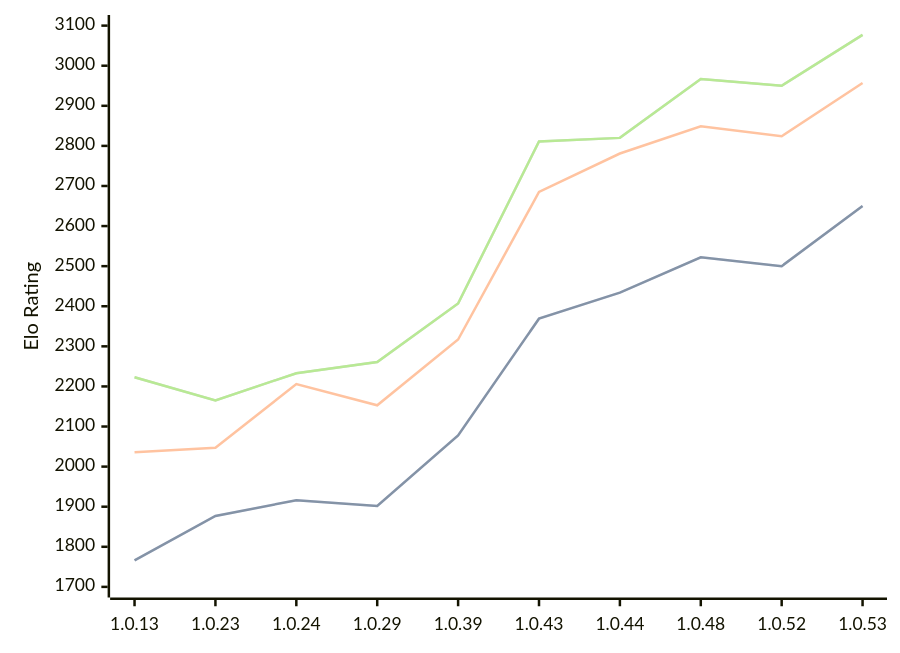
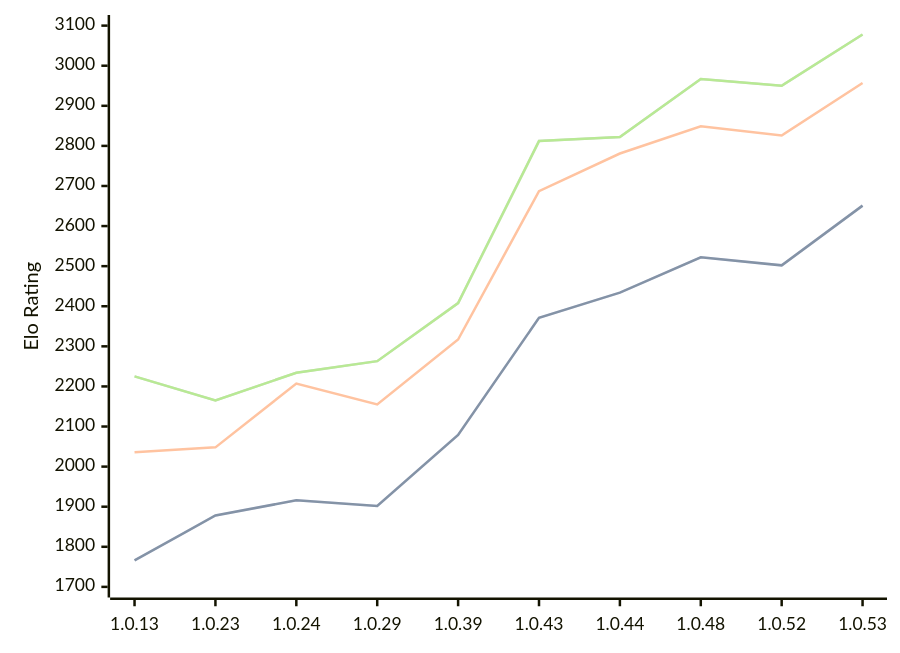
The diagram in engines/RustyRival.md (computer-chess-index/cci), drawn with Mermaid before and after one commit. The commit also changed other lines of this file, not shown here.

Commit message:
Update CCI Ratings (ELO VLTC) - 2026-08-21

````diff
--- a/engines/RustyRival.md
+++ b/engines/RustyRival.md
@@ -54,11 +54,11 @@
 ```mermaid
 %%{init: {"theme":"base","themeVariables":{"seriesColors:['#a3a3a3','#222221','#faa371']}}}%%
 xychart-beta
   x-axis ["1.0.13", "1.0.23", "1.0.24", "1.0.29", "1.0.39", "1.0.43", "1.0.44", "1.0.48", "1.0.52", "1.0.53"]
   y-axis "Elo Rating" 1700 --> 3100
-  line "STC (8.0+0.08s)" [1766, 1877, 1916, 1902, 2078, 2369, 2434, 2522, 2500, 2650]
-  line "STC (8.0+0.08s)" [1766, 1877, 1916, 1902, 2078, 2369, 2434, 2522, 2500, 2650]
-  line "LTC (60.0+0.60s)" [2036, 2047, 2206, 2153, 2317, 2685, 2781, 2849, 2824, 2957]
-  line "VLTC (2m24s+1.12s)" [2223, 2165, 2233, 2261, 2407, 2811, 2820, 2967, 2950, 3077]
-  line "VLTC (2m24s+1.12s)" [2223, 2165, 2233, 2261, 2407, 2811, 2820, 2967, 2950, 3077]
+  line "STC (8.0+0.08s)" [1766, 1878, 1916, 1902, 2079, 2371, 2434, 2522, 2502, 2651]
+  line "STC (8.0+0.08s)" [1766, 1878, 1916, 1902, 2079, 2371, 2434, 2522, 2502, 2651]
+  line "LTC (60.0+0.60s)" [2036, 2048, 2207, 2155, 2317, 2687, 2781, 2849, 2826, 2957]
+  line "VLTC (2m24s+1.12s)" [2225, 2165, 2234, 2263, 2408, 2812, 2822, 2967, 2950, 3078]
+  line "VLTC (2m24s+1.12s)" [2225, 2165, 2234, 2263, 2408, 2812, 2822, 2967, 2950, 3078]
 ```
````
